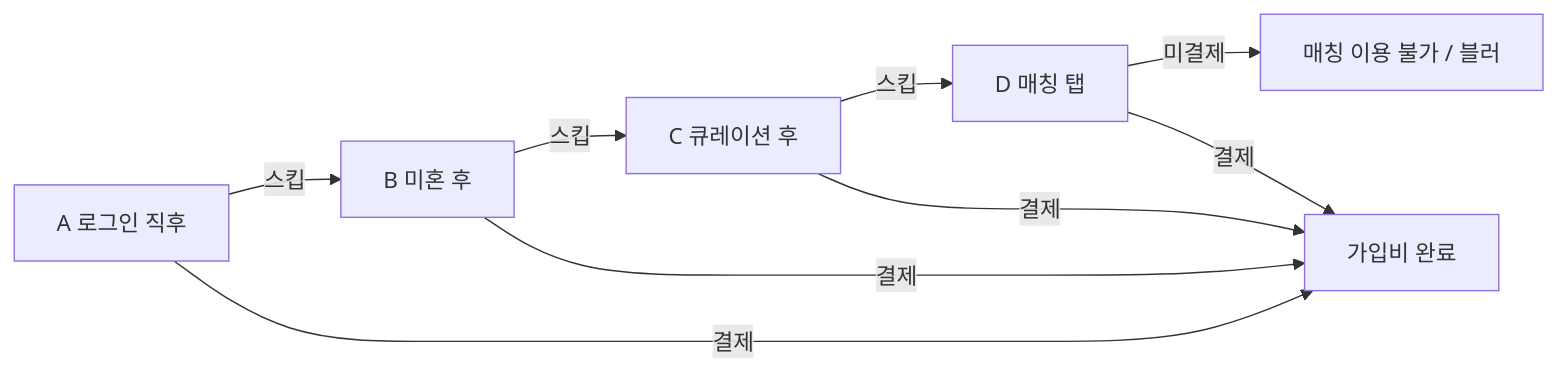
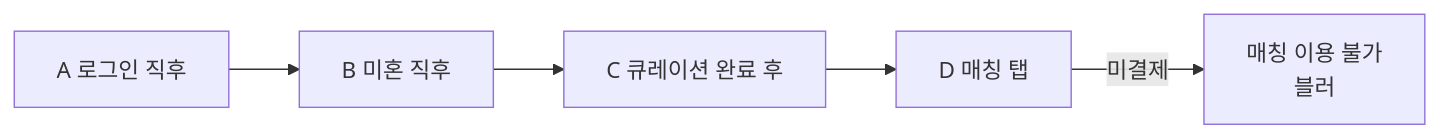
The third of 6 diagrams in docs/FLOWCHART.md (youjinni11/rebom-app), drawn with Mermaid before and after one commit. The commit also changed other lines of this file and 3 other files, not shown here.

First line of the commit message:
문서: GitHub용 플로우차트·프레임워크 확정본 정리

````diff
--- a/docs/FLOWCHART.md
+++ b/docs/FLOWCHART.md
@@ -134,11 +82,7 @@
 ```mermaid
 flowchart LR
-  A[A 로그인 직후] -->|스킵| B[B 미혼 후]
-  B -->|스킵| C[C 큐레이션 후]
-  C -->|스킵| D[D 매칭 탭]
-  D -->|미결제| X[매칭 이용 불가 / 블러]
-  A -->|결제| P[가입비 완료]
-  B -->|결제| P
-  C -->|결제| P
-  D -->|결제| P
+  A[A 로그인 직후] --> B[B 미혼 직후]
+  B --> C[C 큐레이션 완료 후]
+  C --> D[D 매칭 탭]
+  D -->|미결제| LOCK[매칭 이용 불가<br/>블러]
 ```
````
